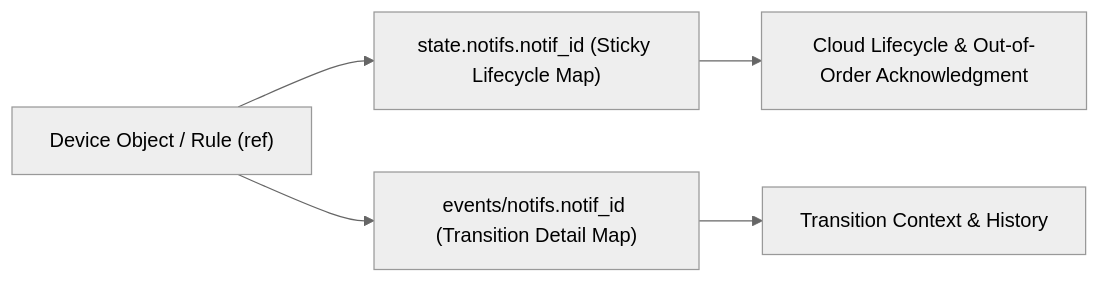
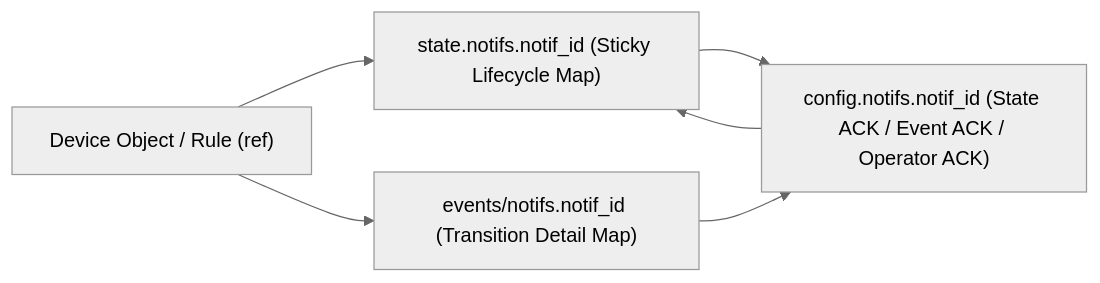
The first of 2 diagrams in docs/specs/notifs.md (grafnu/udmi), drawn with Mermaid (neutral theme) before and after one commit. The commit also changed other lines of this file and 22 other files, not shown here.

````diff
--- a/docs/specs/notifs.md
+++ b/docs/specs/notifs.md
@@ -19,7 +19,8 @@
 ```mermaid
 flowchart LR
   ref["Device Object / Rule (ref)"] --> stateMap["state.notifs.notif_id (Sticky Lifecycle Map)"]
   ref --> eventStream["events/notifs.notif_id (Transition Detail Map)"]
-  stateMap --> lifecycle["Cloud Lifecycle & Out-of-Order Acknowledgment"]
-  eventStream --> audit["Transition Context & History"]
+  stateMap --> configMap["config.notifs.notif_id (State ACK / Event ACK / Operator ACK)"]
+  configMap --> stateMap
+  eventStream --> configMap
 ```
````
